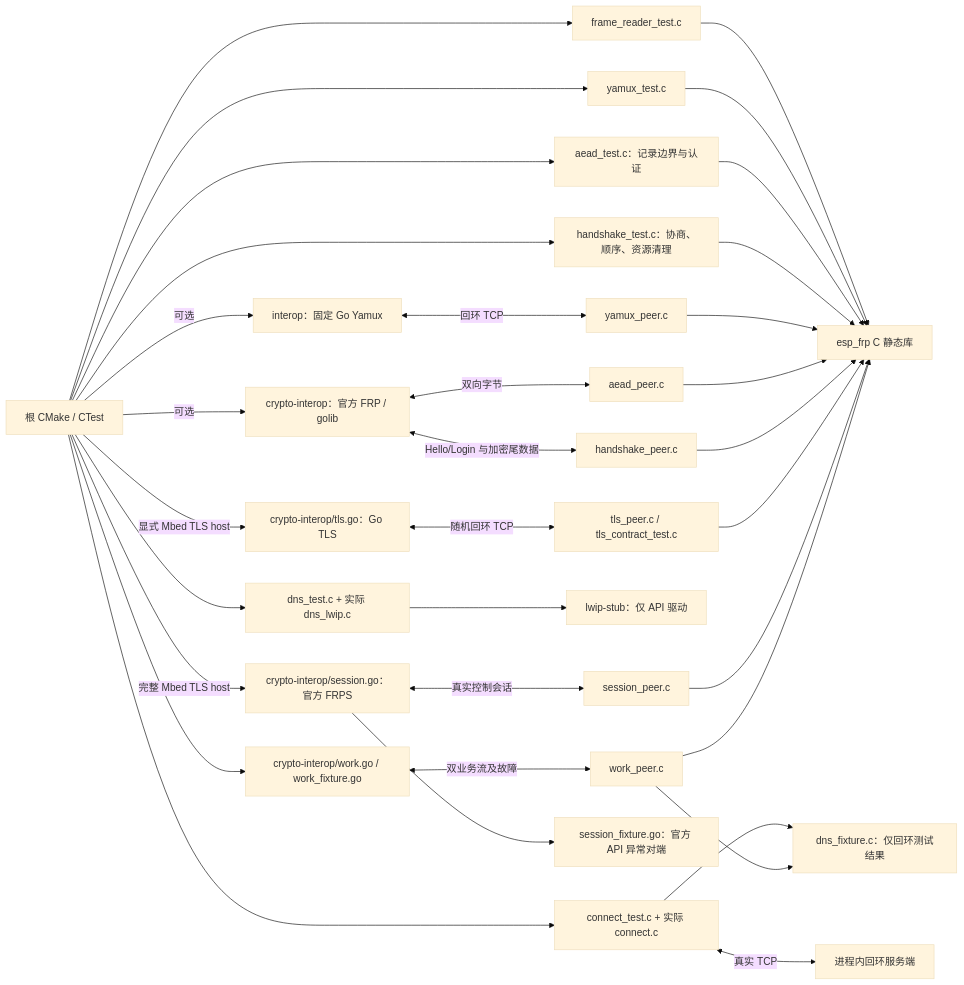
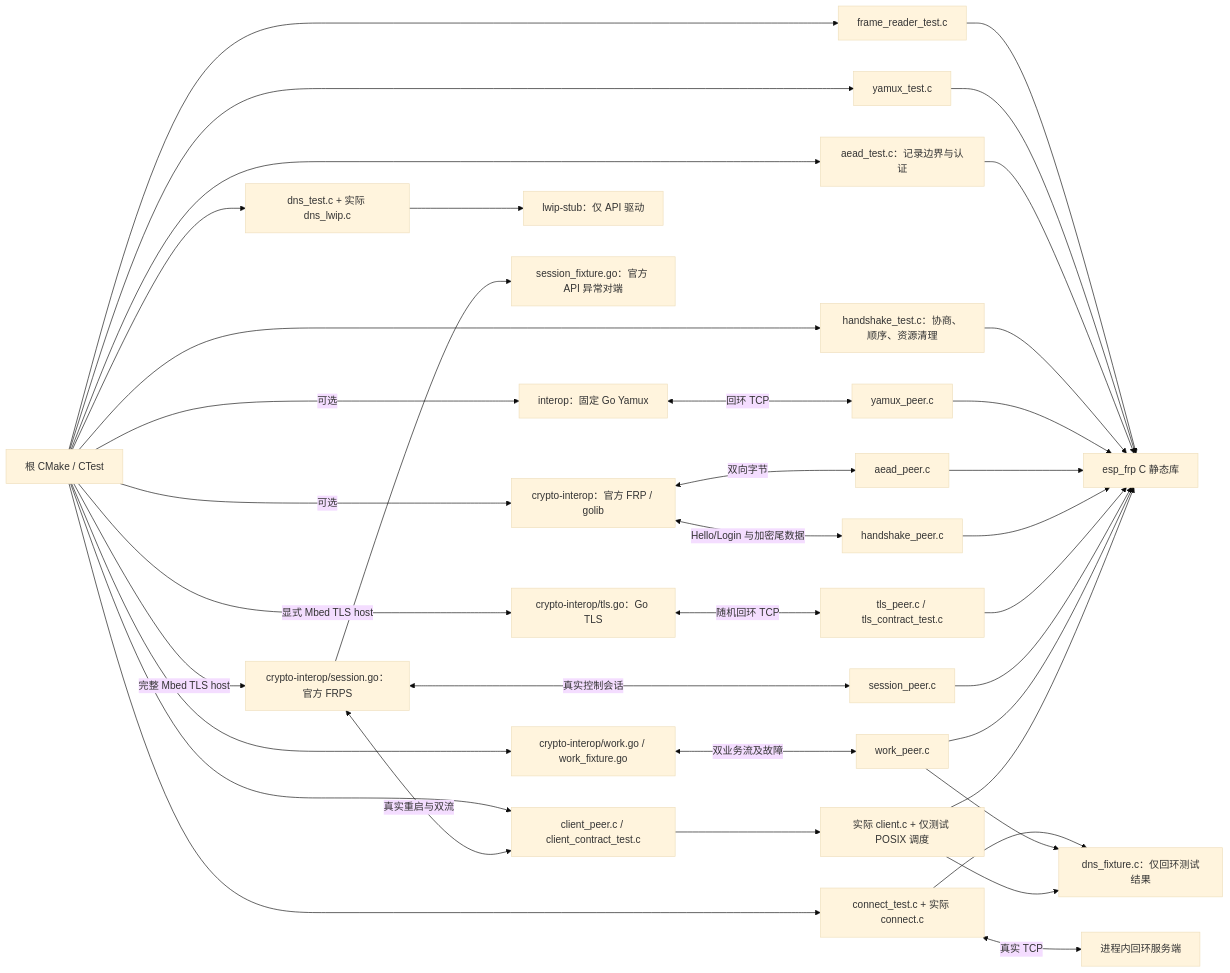
One commit to darren-you/esp-frp changed the diagram in tests/README.md. Above: the diagram before and after it, drawn with Mermaid (base theme). The commit also changed other lines of this file and 32 other files, not shown here.

````diff
--- a/tests/README.md
+++ b/tests/README.md
@@ -5,35 +5,40 @@
 ```mermaid
 flowchart LR
     cmake["根 CMake / CTest"] --> wire["frame_reader_test.c"]
     cmake --> mux["yamux_test.c"]
     cmake --> aead["aead_test.c：记录边界与认证"]
     cmake --> handshake["handshake_test.c：协商、顺序、资源清理"]
     wire --> lib["esp_frp C 静态库"]
     mux --> lib
     aead --> lib
     handshake --> lib
     cmake -->|"可选"| upstream["interop：固定 Go Yamux"]
     upstream <-->|"回环 TCP"| peer["yamux_peer.c"]
     peer --> lib
     cmake -->|"可选"| crypto["crypto-interop：官方 FRP / golib"]
     crypto <-->|"双向字节"| cp["aead_peer.c"]
     cp --> lib
     crypto <-->|"Hello/Login 与加密尾数据"| hp["handshake_peer.c"]
     hp --> lib
     cmake -->|"显式 Mbed TLS host"| tls["crypto-interop/tls.go：Go TLS"]
     tls <-->|"随机回环 TCP"| tp["tls_peer.c / tls_contract_test.c"]
     tp --> lib
     cmake --> dns["dns_test.c + 实际 dns_lwip.c"]
     dns --> stub["lwip-stub：仅 API 驱动"]
     cmake --> tcp["connect_test.c + 实际 connect.c"]
     tcp --> fixture["dns_fixture.c：仅回环测试结果"]
     tcp <-->|"真实 TCP"| socket["进程内回环服务端"]
     cmake -->|"完整 Mbed TLS host"| session["crypto-interop/session.go：官方 FRPS"]
     session <-->|"真实控制会话"| sp["session_peer.c"]
     sp --> lib
     session --> faults["session_fixture.go：官方 API 异常对端"]
     cmake --> work["crypto-interop/work.go / work_fixture.go"]
     work <-->|"双业务流及故障"| wp["work_peer.c"]
     wp --> lib
     wp --> fixture
+    cmake --> client["client_peer.c / client_contract_test.c"]
+    client --> worker["实际 client.c + 仅测试 POSIX 调度"]
+    worker --> lib
+    worker --> fixture
+    session <-->|"真实重启与双流"| client
 ```
````
